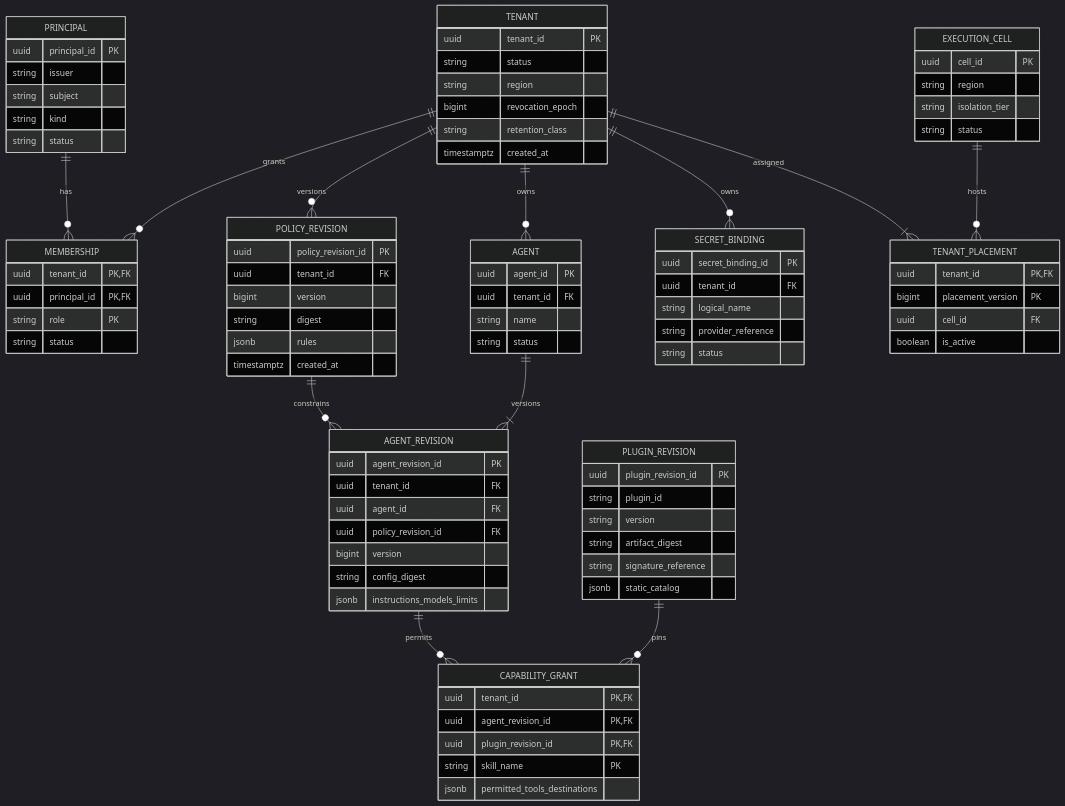
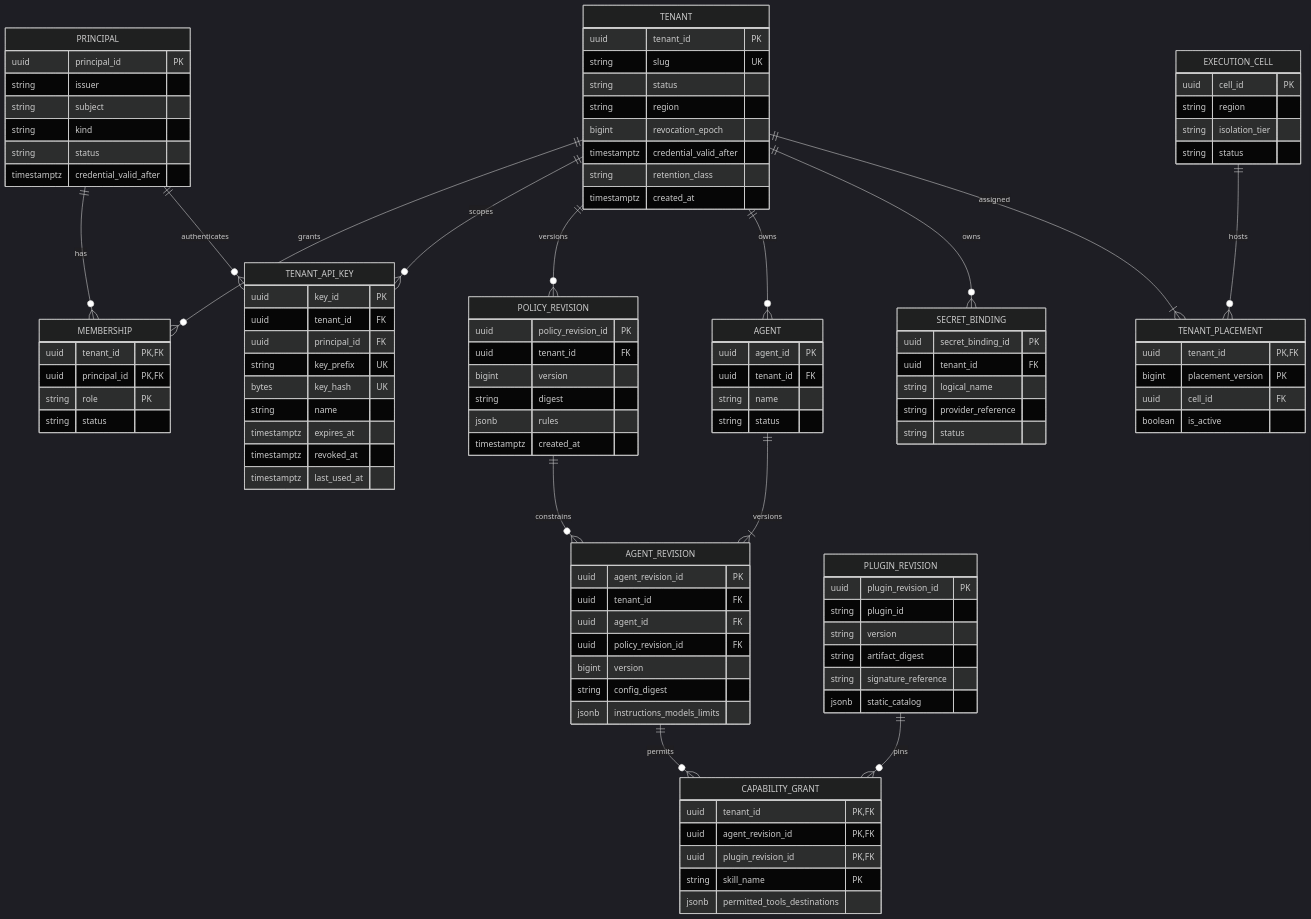
Before and after one commit to tanjeetsarkar/haas: the second of 4 diagrams in docs/design/data-model.md, drawn with Mermaid (dark theme). The commit also changed other lines of this file and 54 other files, not shown here.

```diff
--- a/docs/design/data-model.md
+++ b/docs/design/data-model.md
@@ -97,6 +174,8 @@
 erDiagram
     PRINCIPAL ||--o{ MEMBERSHIP : has
     TENANT ||--o{ MEMBERSHIP : grants
+    PRINCIPAL ||--o{ TENANT_API_KEY : authenticates
+    TENANT ||--o{ TENANT_API_KEY : scopes
     TENANT ||--o{ POLICY_REVISION : versions
     TENANT ||--o{ AGENT : owns
     AGENT ||--|{ AGENT_REVISION : versions
@@ -108,9 +187,11 @@
     TENANT ||--|{ TENANT_PLACEMENT : assigned
     TENANT {
         uuid tenant_id PK
+        string slug UK
         string status
         string region
         bigint revocation_epoch
+        timestamptz credential_valid_after
         string retention_class
         timestamptz created_at
     }
@@ -120,12 +201,24 @@
         string subject
         string kind
         string status
+        timestamptz credential_valid_after
     }
     MEMBERSHIP {
         uuid tenant_id PK,FK
         uuid principal_id PK,FK
         string role PK
         string status
+    }
+    TENANT_API_KEY {
+        uuid key_id PK
+        uuid tenant_id FK
+        uuid principal_id FK
+        string key_prefix UK
+        bytes key_hash UK
+        string name
+        timestamptz expires_at
+        timestamptz revoked_at
+        timestamptz last_used_at
     }
     POLICY_REVISION {
         uuid policy_revision_id PK
```
